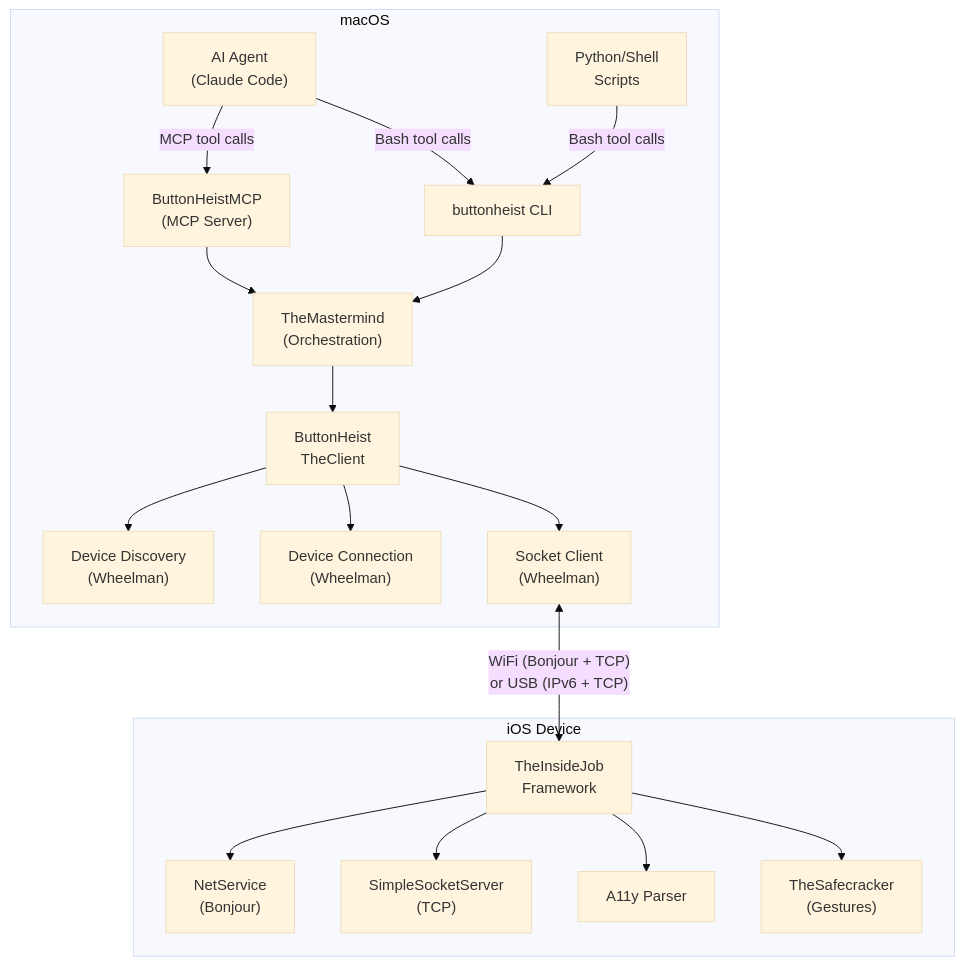
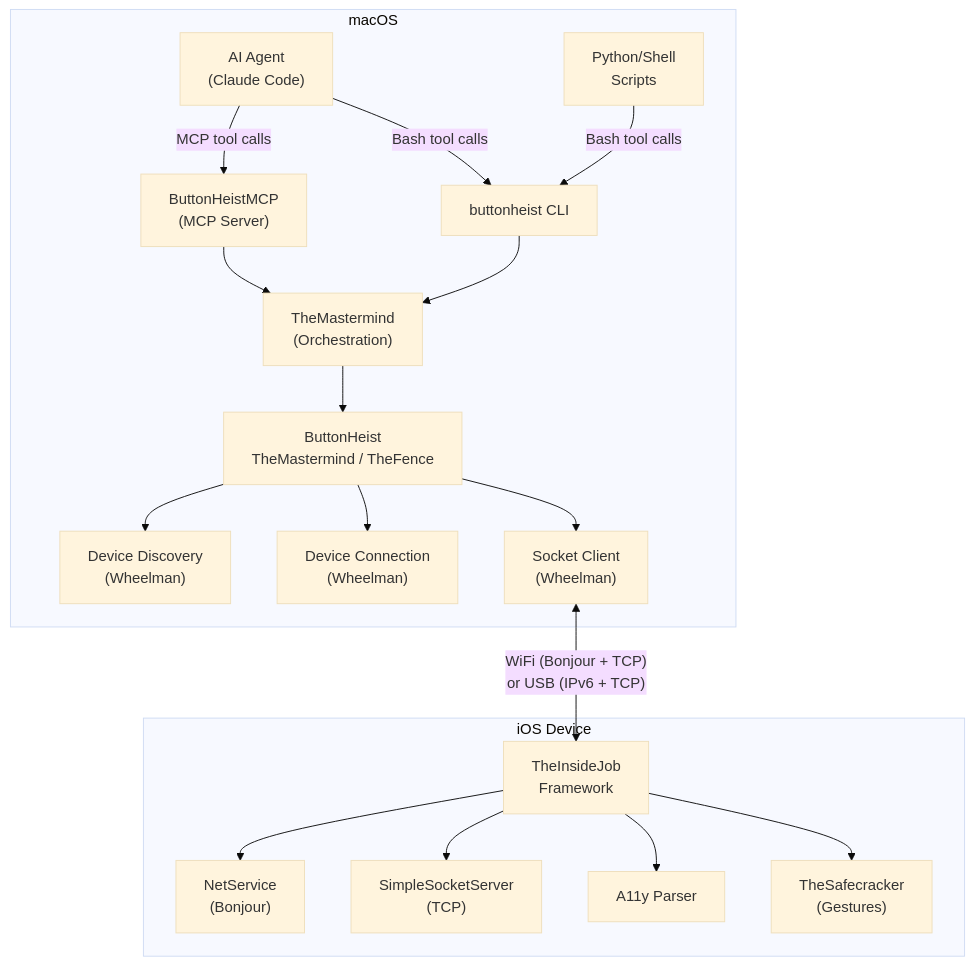
One commit to RoyalPineapple/TheButtonHeist changed the first of 7 diagrams in docs/ARCHITECTURE.md. Above: the diagram before and after it, drawn with Mermaid (base theme). The commit also changed other lines of this file and 11 other files, not shown here.

First line of the commit message:
Docs: update for TheButtonHeist, TheWheelman, TheInsideJob layout

````diff
--- a/docs/ARCHITECTURE.md
+++ b/docs/ARCHITECTURE.md
@@ -17,23 +17,23 @@
 ```mermaid
 graph TB
     subgraph mac["macOS"]
         Agent["AI Agent<br>(Claude Code)"] -->|MCP tool calls| MCP["ButtonHeistMCP<br>(MCP Server)"]
         Agent -->|Bash tool calls| CLI["buttonheist CLI"]
         Scripts["Python/Shell<br>Scripts"] -->|Bash tool calls| CLI
         MCP --> TM["TheMastermind<br>(Orchestration)"]
         CLI --> TM
-        TM --> HC["ButtonHeist<br>TheClient"]
+        TM --> HC["ButtonHeist<br>TheMastermind / TheFence"]
         HC --> DD["Device Discovery<br>(Wheelman)"]
         HC --> DC["Device Connection<br>(Wheelman)"]
         HC --> Socket["Socket Client<br>(Wheelman)"]
     end
 
     Socket <-->|"WiFi (Bonjour + TCP)<br>or USB (IPv6 + TCP)"| IJ
 
     subgraph ios["iOS Device"]
         IJ["TheInsideJob<br>Framework"] --> NS["NetService<br>(Bonjour)"]
         IJ --> SS["SimpleSocketServer<br>(TCP)"]
         IJ --> A11y["A11y Parser"]
         IJ --> TSC["TheSafecracker<br>(Gestures)"]
     end
 ```
````
